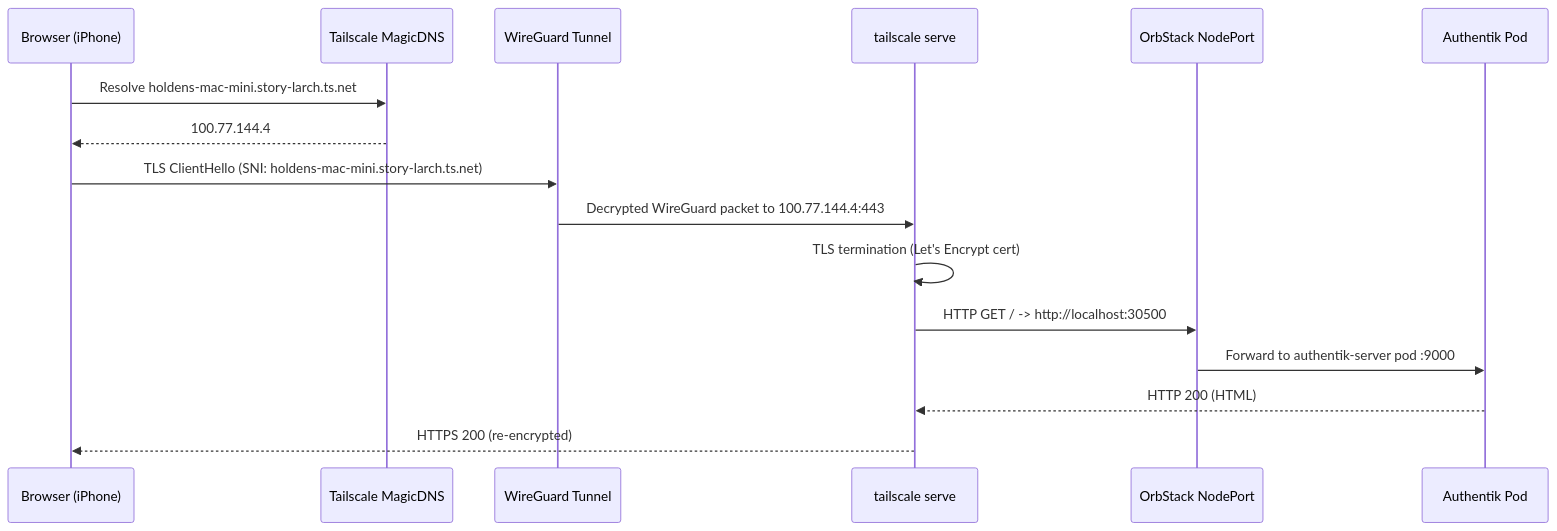
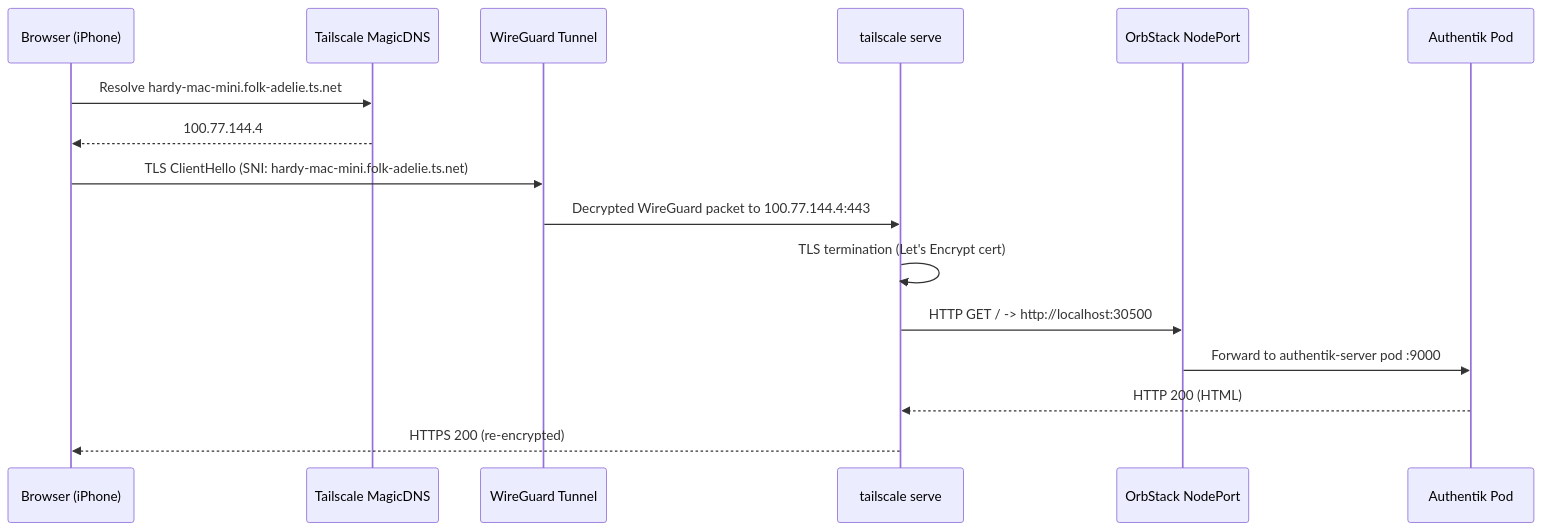
Before and after one commit to haingth77/homelab: the second of 4 diagrams in docs/infrastructure/networking.md, drawn with Mermaid. The commit also changed other lines of this file and 18 other files, not shown here.

````diff
--- a/docs/infrastructure/networking.md
+++ b/docs/infrastructure/networking.md
@@ -70,19 +70,19 @@
 ```mermaid
 sequenceDiagram
     participant Browser as Browser (iPhone)
     participant MagicDNS as Tailscale MagicDNS
     participant WG as WireGuard Tunnel
     participant TServe as tailscale serve
     participant NodePort as OrbStack NodePort
     participant Pod as Authentik Pod
 
-    Browser->>MagicDNS: Resolve holdens-mac-mini.story-larch.ts.net
+    Browser->>MagicDNS: Resolve hardy-mac-mini.folk-adelie.ts.net
     MagicDNS-->>Browser: 100.77.144.4
-    Browser->>WG: TLS ClientHello (SNI: holdens-mac-mini.story-larch.ts.net)
+    Browser->>WG: TLS ClientHello (SNI: hardy-mac-mini.folk-adelie.ts.net)
     WG->>TServe: Decrypted WireGuard packet to 100.77.144.4:443
     TServe->>TServe: TLS termination (Let's Encrypt cert)
     TServe->>NodePort: HTTP GET / -> http://localhost:30500
     NodePort->>Pod: Forward to authentik-server pod :9000
     Pod-->>TServe: HTTP 200 (HTML)
     TServe-->>Browser: HTTPS 200 (re-encrypted)
 ```
````
